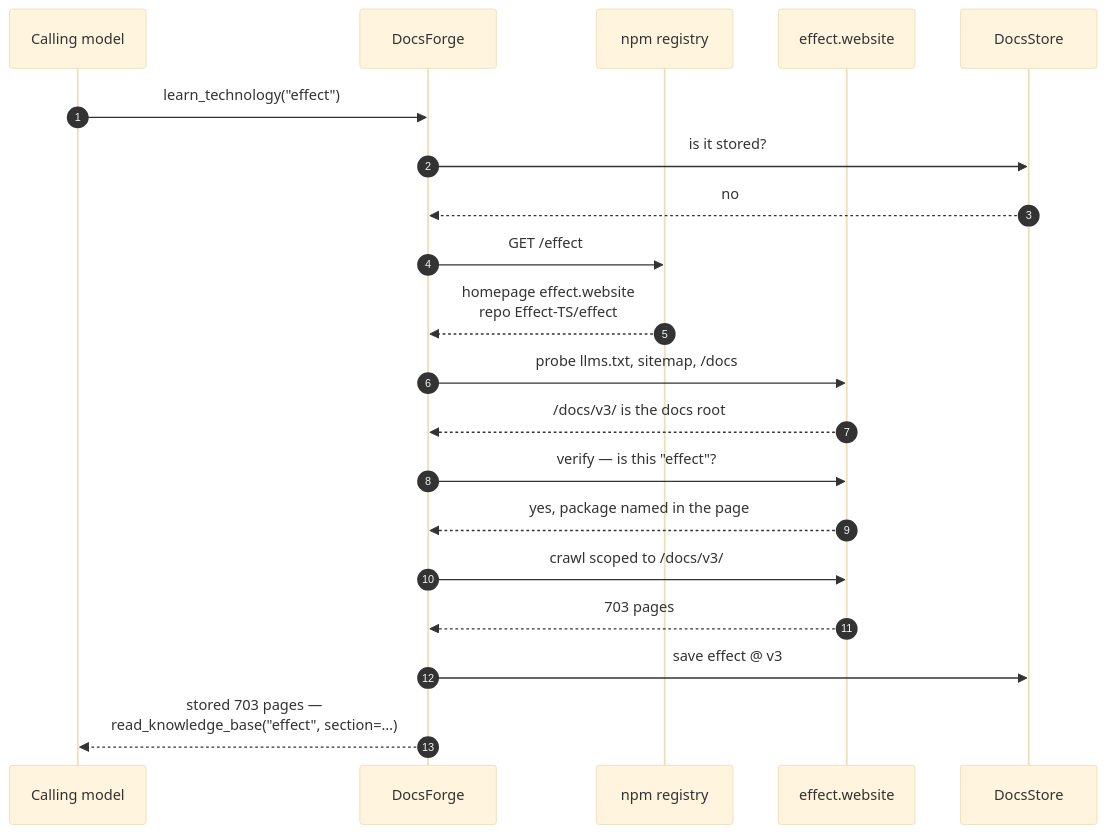
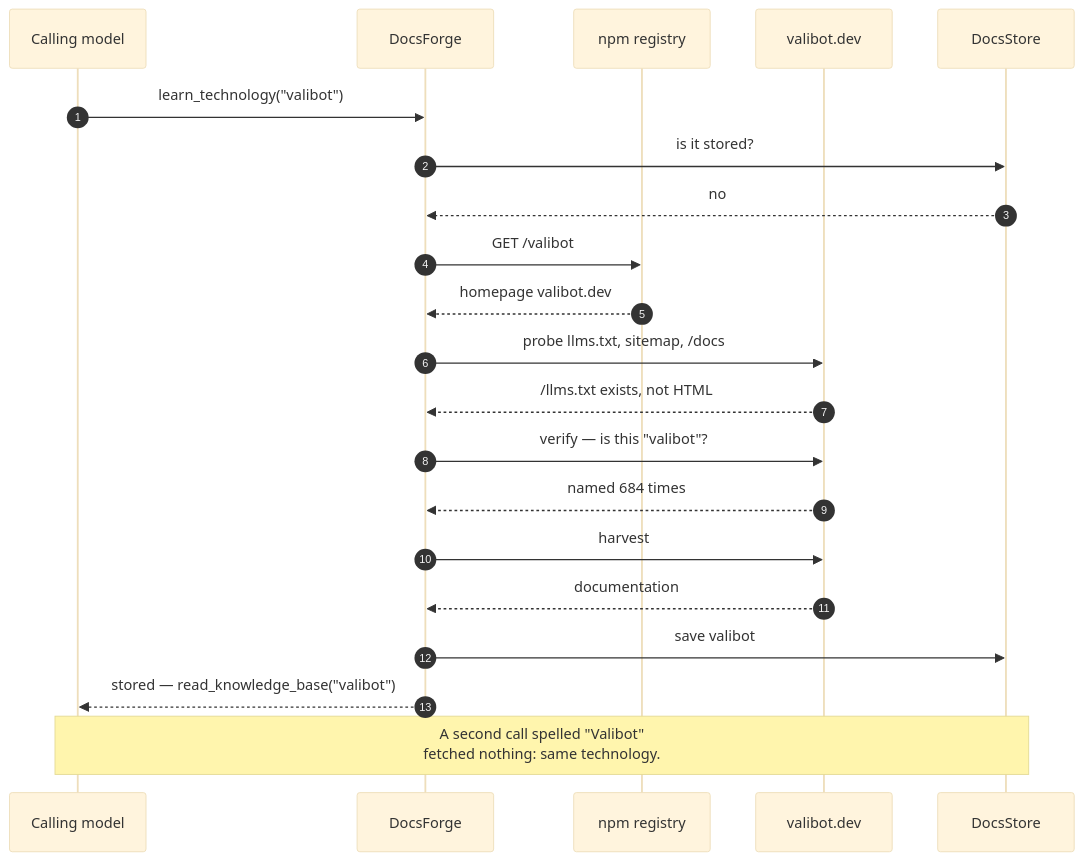
One commit to R204570/DocsForge changed the third of 4 diagrams in PROPOSAL.md. Above: the diagram before and after it, drawn with Mermaid (base theme). The commit also changed other lines of this file and 1 other file, not shown here.

````diff
--- a/PROPOSAL.md
+++ b/PROPOSAL.md
@@ -191,23 +147,25 @@
 ```mermaid
 sequenceDiagram
     autonumber
     participant AI as Calling model
     participant DF as DocsForge
     participant REG as npm registry
-    participant SITE as effect.website
+    participant SITE as valibot.dev
     participant DB as DocsStore
 
-    AI->>DF: learn_technology("effect")
+    AI->>DF: learn_technology("valibot")
     DF->>DB: is it stored?
     DB-->>DF: no
-    DF->>REG: GET /effect
-    REG-->>DF: homepage effect.website<br/>repo Effect-TS/effect
+    DF->>REG: GET /valibot
+    REG-->>DF: homepage valibot.dev
     DF->>SITE: probe llms.txt, sitemap, /docs
-    SITE-->>DF: /docs/v3/ is the docs root
-    DF->>SITE: verify — is this "effect"?
-    SITE-->>DF: yes, package named in the page
-    DF->>SITE: crawl scoped to /docs/v3/
-    SITE-->>DF: 703 pages
-    DF->>DB: save effect @ v3
-    DF-->>AI: stored 703 pages —<br/>read_knowledge_base("effect", section=…)
+    SITE-->>DF: /llms.txt exists, not HTML
+    DF->>SITE: verify — is this "valibot"?
+    SITE-->>DF: named 684 times
+    DF->>SITE: harvest
+    SITE-->>DF: documentation
+    DF->>DB: save valibot
+    DF-->>AI: stored — read_knowledge_base("valibot")
+
+    Note over AI,DB: A second call spelled "Valibot"<br/>fetched nothing: same technology.
 ```
````
